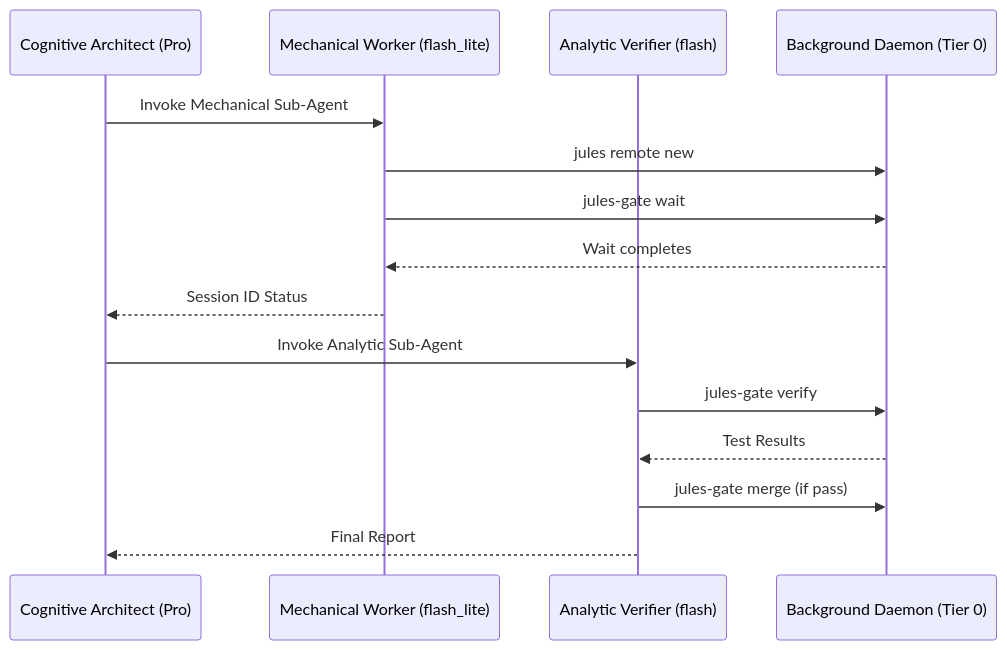
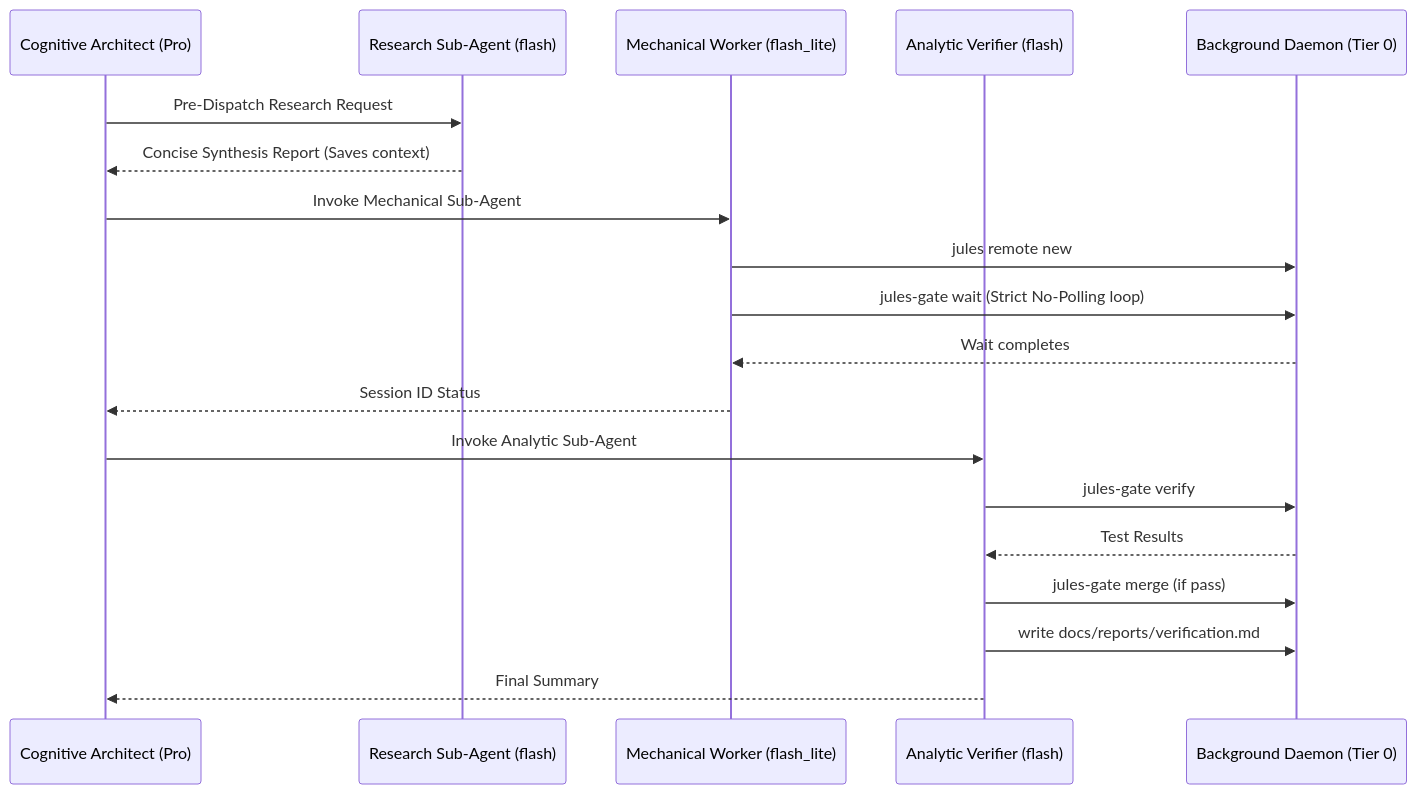
Before and after one commit to JMartynov/jules-plugin: the diagram in docs/IMPLEMENTATION.md, drawn with Mermaid. The commit also changed other lines of this file and 6 other files, not shown here.

````diff
--- a/docs/IMPLEMENTATION.md
+++ b/docs/IMPLEMENTATION.md
@@ -20,19 +24,27 @@
 ```mermaid
 sequenceDiagram
     participant Pro as Cognitive Architect (Pro)
+    participant Research as Research Sub-Agent (flash)
     participant Lite as Mechanical Worker (flash_lite)
     participant Flash as Analytic Verifier (flash)
     participant OS as Background Daemon (Tier 0)
     
+    %% Stage 1: Pre-Dispatch Research
+    Pro->>Research: Pre-Dispatch Research Request
+    Research-->>Pro: Concise Synthesis Report (Saves context)
+    
+    %% Stage 3 (Stage 2 is Pro formulating): Mechanical Execution
     Pro->>Lite: Invoke Mechanical Sub-Agent
     Lite->>OS: jules remote new
-    Lite->>OS: jules-gate wait
+    Lite->>OS: jules-gate wait (Strict No-Polling loop)
     OS-->>Lite: Wait completes
     Lite-->>Pro: Session ID Status
     
+    %% Stage 4: Analytic Verification & Reporting
     Pro->>Flash: Invoke Analytic Sub-Agent
     Flash->>OS: jules-gate verify
     OS-->>Flash: Test Results
     Flash->>OS: jules-gate merge (if pass)
-    Flash-->>Pro: Final Report
+    Flash->>OS: write docs/reports/verification.md
+    Flash-->>Pro: Final Summary
 ```
````
